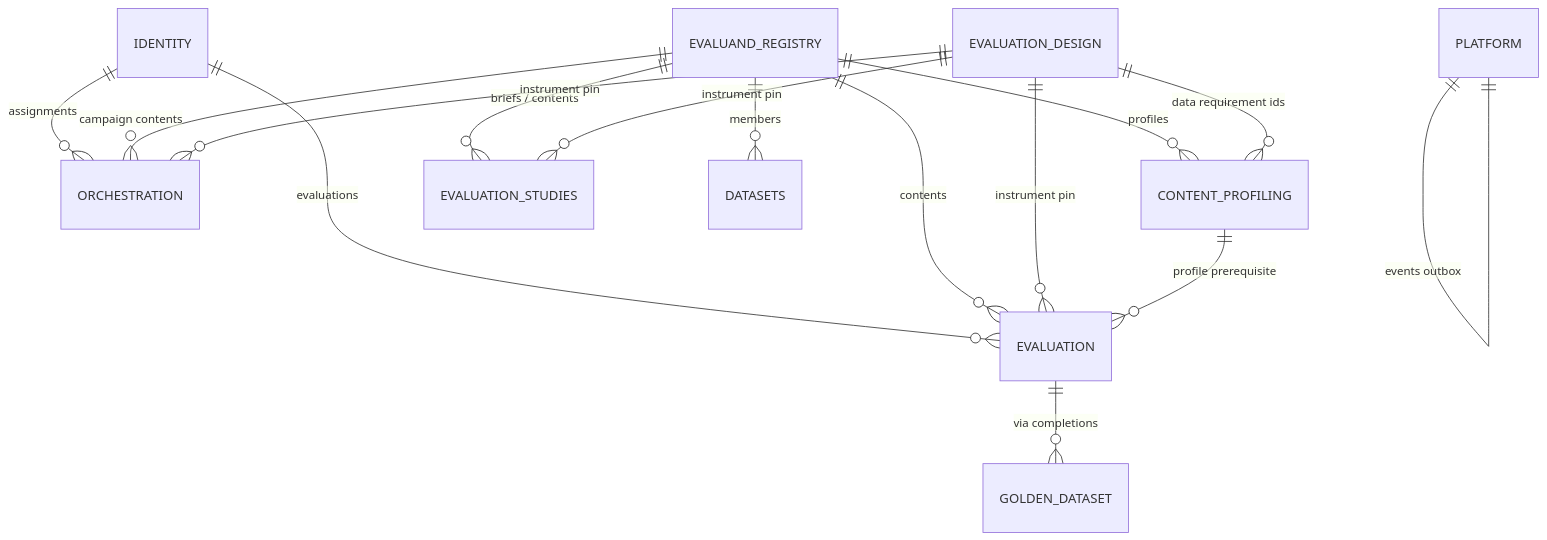
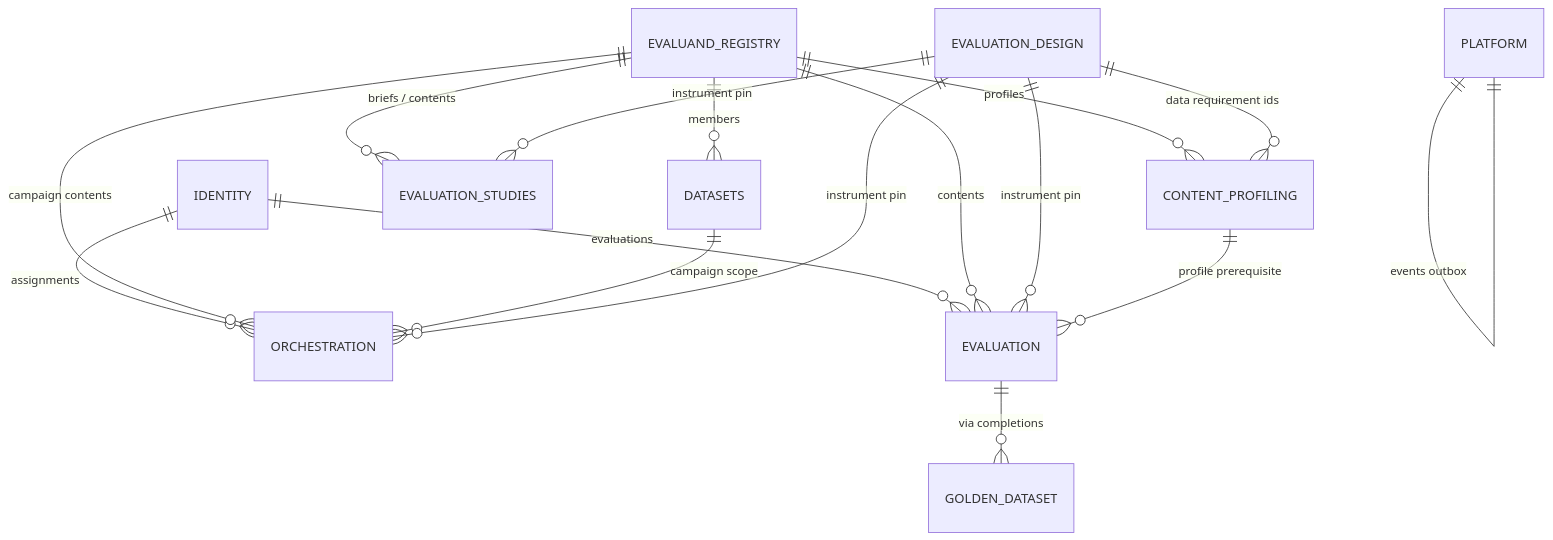
One commit to learnpack/learnpack-evals-v2 changed the first of 11 diagrams in docs/DATA_MODEL.md. Above: the diagram before and after it, drawn with Mermaid. The commit also changed other lines of this file and 12 other files, not shown here.

First line of the commit message:
feat(orchestration): a campaign's scope is named, not listed

````diff
--- a/docs/DATA_MODEL.md
+++ b/docs/DATA_MODEL.md
@@ -15,17 +15,18 @@
 ```mermaid
 erDiagram
     IDENTITY ||--o{ ORCHESTRATION : "assignments"
     IDENTITY ||--o{ EVALUATION : "evaluations"
     EVALUAND_REGISTRY ||--o{ ORCHESTRATION : "campaign contents"
     EVALUAND_REGISTRY ||--o{ CONTENT_PROFILING : "profiles"
     EVALUAND_REGISTRY ||--o{ EVALUATION : "contents"
     EVALUAND_REGISTRY ||--o{ EVALUATION_STUDIES : "briefs / contents"
     EVALUAND_REGISTRY ||--o{ DATASETS : "members"
+    DATASETS ||--o{ ORCHESTRATION : "campaign scope"
     EVALUATION_DESIGN ||--o{ ORCHESTRATION : "instrument pin"
     EVALUATION_DESIGN ||--o{ EVALUATION : "instrument pin"
     EVALUATION_DESIGN ||--o{ CONTENT_PROFILING : "data requirement ids"
     EVALUATION_DESIGN ||--o{ EVALUATION_STUDIES : "instrument pin"
     CONTENT_PROFILING ||--o{ EVALUATION : "profile prerequisite"
     EVALUATION ||--o{ GOLDEN_DATASET : "via completions"
     PLATFORM ||--|| PLATFORM : "events outbox"
 ```
````
